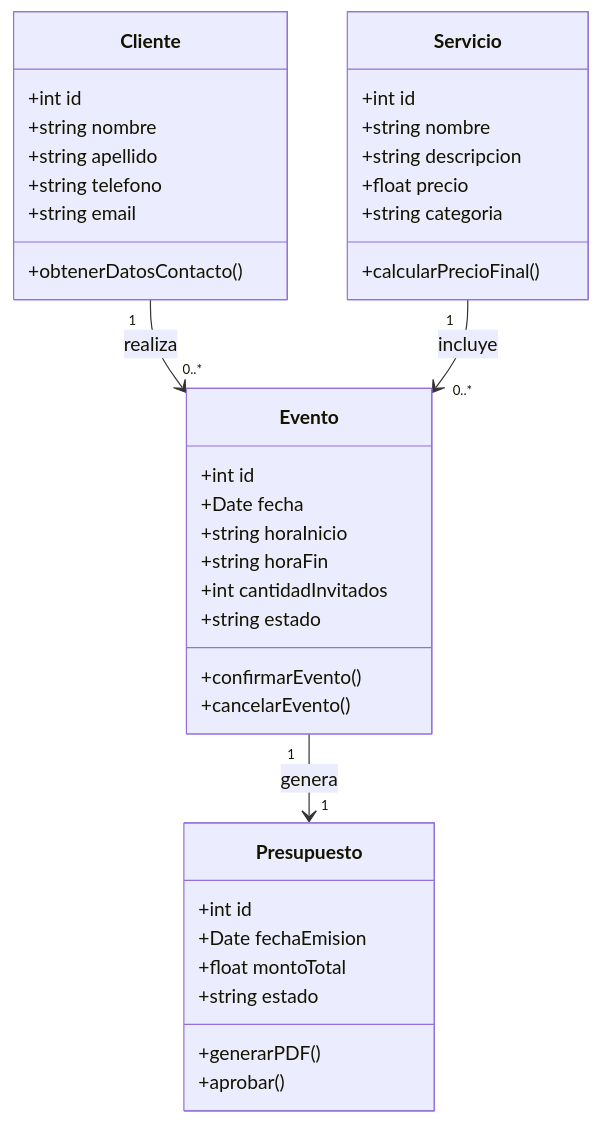
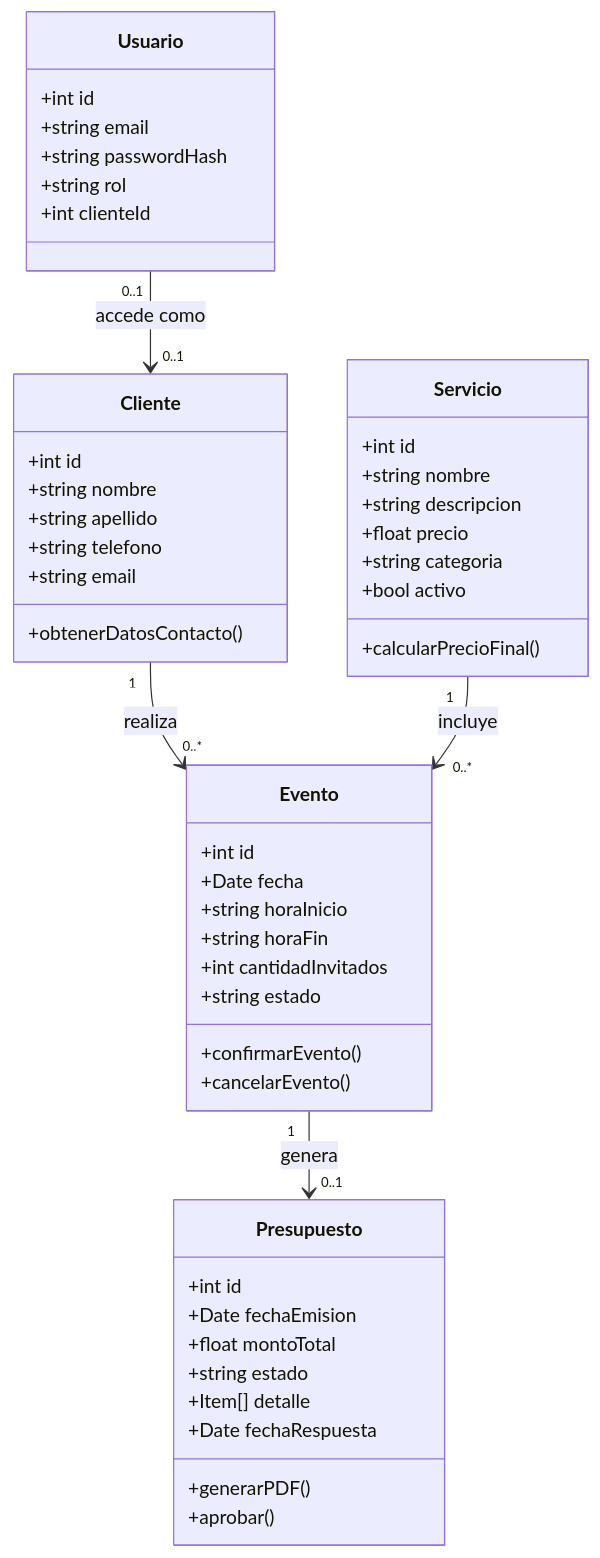
Before and after one commit to albanofazzito/Fazzito-Albano-CarpeEventos: the diagram in Proyecto/docs/DIAGRAMA.md, drawn with Mermaid. The commit also changed other lines of this file and 1 other file, not shown here.

First line of the commit message:
Docs: README general y diagrama de clases actualizados

````diff
--- a/Proyecto/docs/DIAGRAMA.md
+++ b/Proyecto/docs/DIAGRAMA.md
@@ -3,44 +3,56 @@
 ```mermaid
 classDiagram
+    class Usuario {
+        +int id
+        +string email
+        +string passwordHash
+        +string rol
+        +int clienteId
+    }
+
     class Cliente {
         +int id
         +string nombre
         +string apellido
         +string telefono
         +string email
         +obtenerDatosContacto()
     }
 
     class Servicio {
         +int id
         +string nombre
         +string descripcion
         +float precio
         +string categoria
+        +bool activo
         +calcularPrecioFinal()
     }
 
     class Evento {
         +int id
         +Date fecha
         +string horaInicio
         +string horaFin
         +int cantidadInvitados
         +string estado
         +confirmarEvento()
         +cancelarEvento()
     }
 
     class Presupuesto {
         +int id
         +Date fechaEmision
         +float montoTotal
         +string estado
+        +Item[] detalle
+        +Date fechaRespuesta
         +generarPDF()
         +aprobar()
     }
 
+    Usuario "0..1" --> "0..1" Cliente : accede como
     Cliente "1" --> "0..*" Evento : realiza
     Servicio "1" --> "0..*" Evento : incluye
-    Evento "1" --> "1" Presupuesto : genera
+    Evento "1" --> "0..1" Presupuesto : genera
 ```
````
